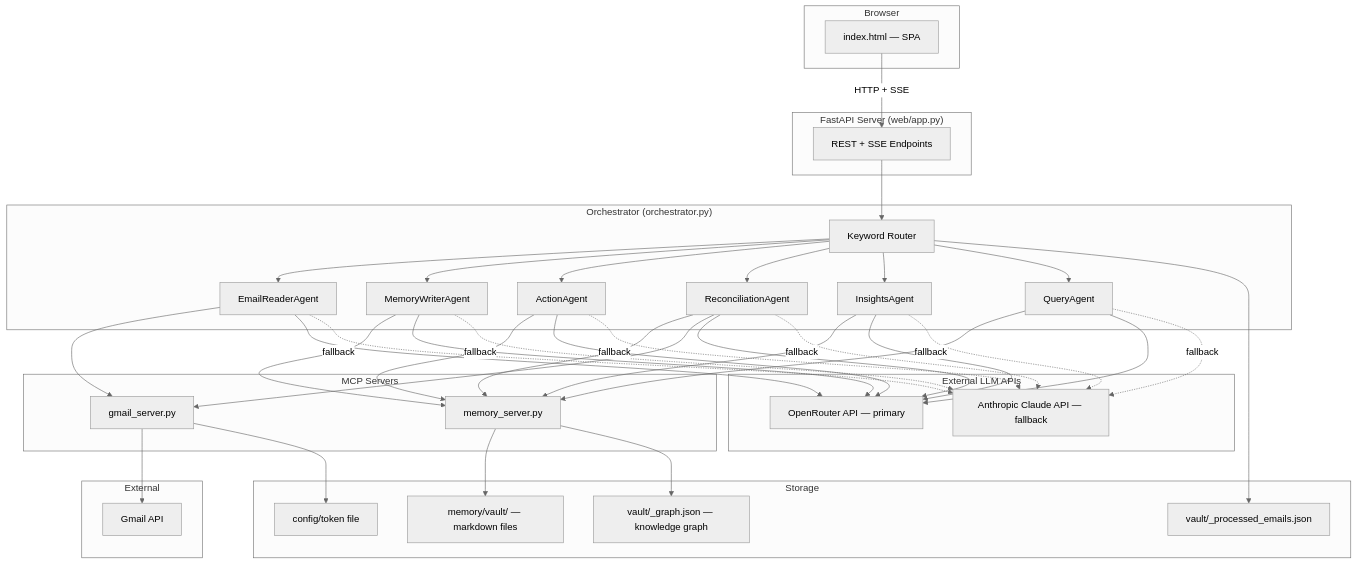
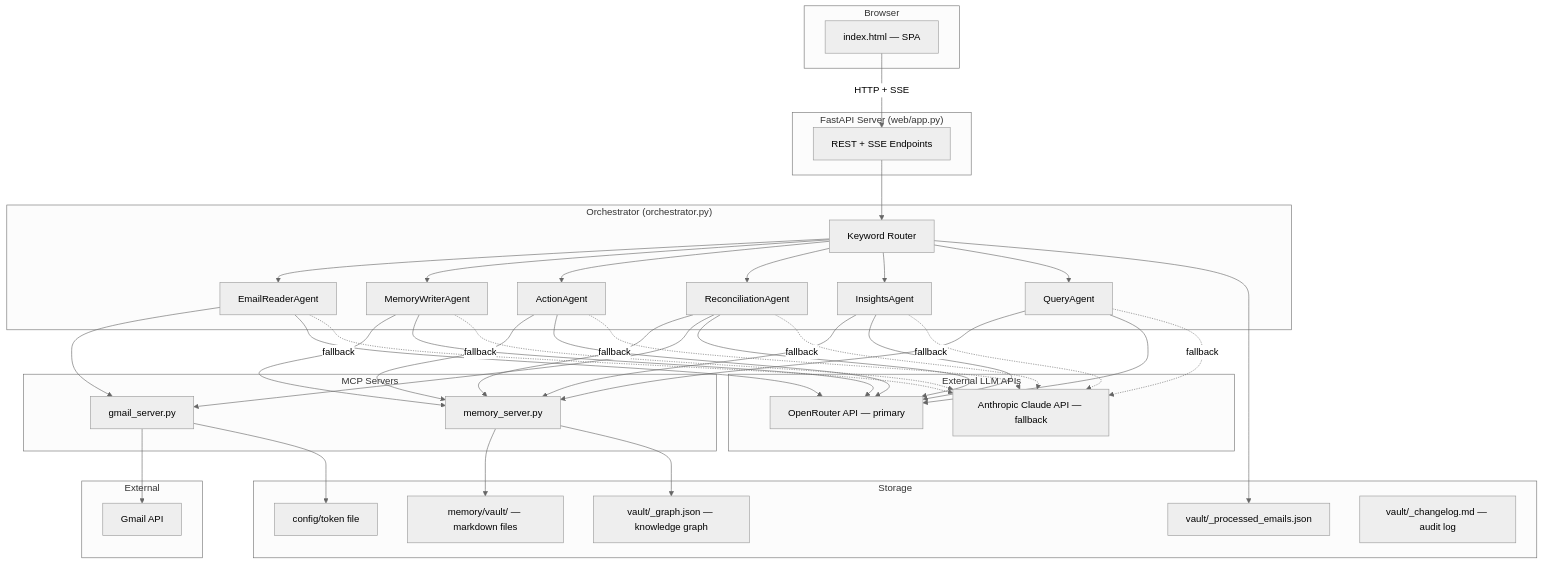
Before and after one commit to ifeanyi-okafor/email-memory-agent: the diagram in docs/architecture-overview.md, drawn with Mermaid (neutral theme). The commit also changed other lines of this file and 4 other files, not shown here.

````diff
--- a/docs/architecture-overview.md
+++ b/docs/architecture-overview.md
@@ -5,74 +5,75 @@
 ```mermaid
 graph TB
     subgraph Browser
         UI[index.html — SPA]
     end
 
     subgraph "FastAPI Server (web/app.py)"
         API[REST + SSE Endpoints]
     end
 
     subgraph "Orchestrator (orchestrator.py)"
         Router[Keyword Router]
         ER[EmailReaderAgent]
         MW[MemoryWriterAgent]
         AA[ActionAgent]
         RA[ReconciliationAgent]
         IA[InsightsAgent]
         QA[QueryAgent]
     end
 
     subgraph "MCP Servers"
         GS[gmail_server.py]
         MS[memory_server.py]
     end
 
     subgraph "External LLM APIs"
         OR[OpenRouter API — primary]
         Claude[Anthropic Claude API — fallback]
     end
 
     subgraph External
         Gmail[Gmail API]
     end
 
     subgraph Storage
         Vault[memory/vault/ — markdown files]
         Graph[vault/_graph.json — knowledge graph]
         Token[config/token file]
         Processed[vault/_processed_emails.json]
+        Changelog[vault/_changelog.md — audit log]
     end
 
     UI -->|HTTP + SSE| API
     API --> Router
     Router --> ER
     Router --> MW
     Router --> AA
     Router --> RA
     Router --> IA
     Router --> QA
     ER --> GS
     ER --> OR
     ER -.->|fallback| Claude
     MW --> MS
     MW --> OR
     MW -.->|fallback| Claude
     AA --> MS
     AA --> OR
     AA -.->|fallback| Claude
     RA --> MS
     RA --> GS
     RA --> OR
     RA -.->|fallback| Claude
     IA --> MS
     IA --> OR
     IA -.->|fallback| Claude
     QA --> MS
     QA --> OR
     QA -.->|fallback| Claude
     GS --> Gmail
     MS --> Vault
     MS --> Graph
     GS --> Token
     Router --> Processed
 ```
````
